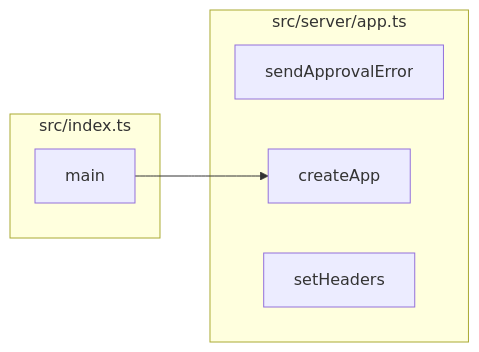
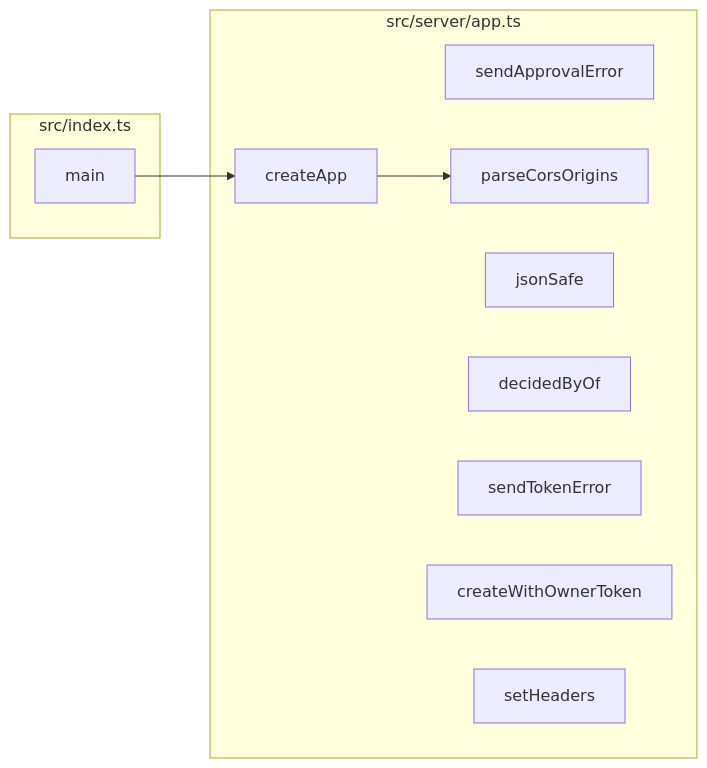
The fourth of 8 diagrams in docs/CODEBASE_MAP.md (Jaydearcadian/bind), drawn with Mermaid before and after one commit. The commit also changed other lines of this file and 27 other files, not shown here.

````diff
--- a/docs/CODEBASE_MAP.md
+++ b/docs/CODEBASE_MAP.md
@@ -208,12 +217,18 @@
 ```mermaid
 flowchart LR
   subgraph F0["src/index.ts"]
-    n123["main"]
+    n138["main"]
   end
   subgraph F1["src/server/app.ts"]
-    n140["sendApprovalError"]
-    n141["createApp"]
-    n142["setHeaders"]
+    n155["sendApprovalError"]
+    n156["parseCorsOrigins"]
+    n157["jsonSafe"]
+    n158["decidedByOf"]
+    n159["sendTokenError"]
+    n160["createWithOwnerToken"]
+    n161["createApp"]
+    n162["setHeaders"]
   end
-  n123 --> n141
+  n138 --> n161
+  n161 --> n156
 ```
````
